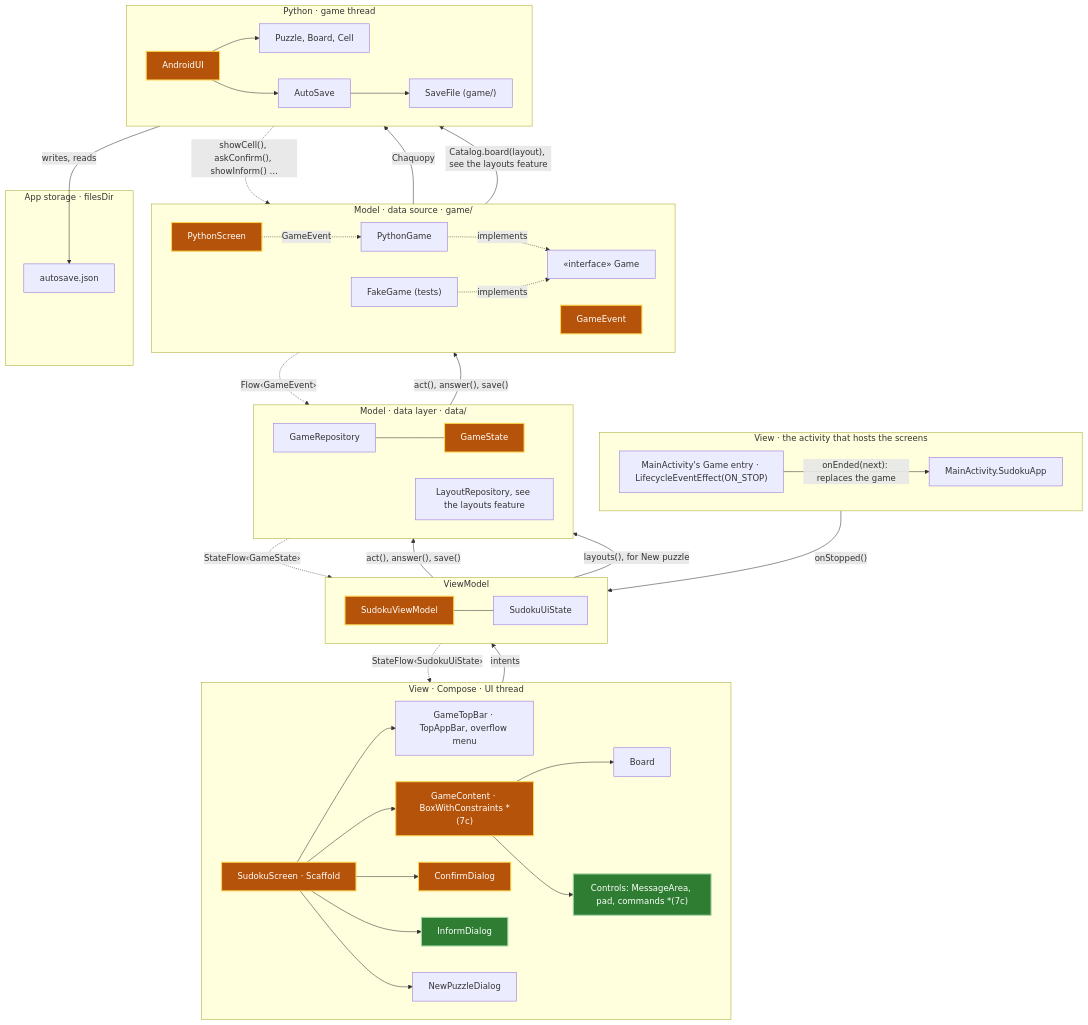
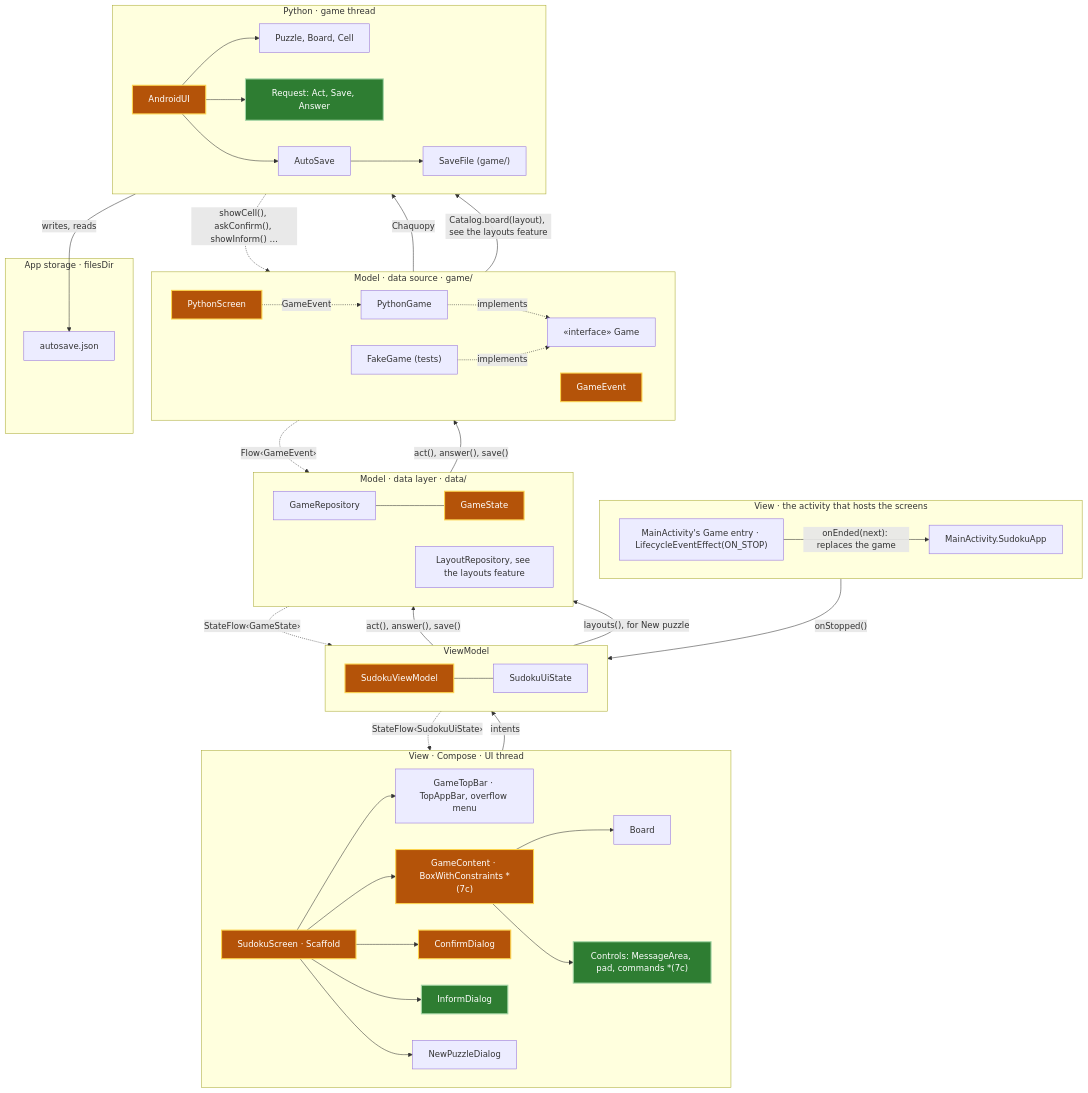
The fifth of 11 diagrams in android/docs/architecture.md (aivanov61/sudoku-solver), drawn with Mermaid before and after one commit. The commit also changed other lines of this file and 5 other files, not shown here.

Commit message:
Carry out a save at once while the game waits on a dialog, holding the player's actions until it is answered and dropping an answer no dialog waits for, with the answers on the one requests queue, as step 7b of phase 7.

````diff
--- a/android/docs/architecture.md
+++ b/android/docs/architecture.md
@@ -255,69 +254,70 @@
 ```mermaid
 flowchart TB
     subgraph Host["View · the activity that hosts the screens"]
         direction LR
         SudokuApp["MainActivity.SudokuApp"]
         GameEntry["MainActivity's Game entry · LifecycleEventEffect(ON_STOP)"]
     end
 
     subgraph View["View · Compose · UI thread"]
         direction LR
         SudokuScreen["SudokuScreen · Scaffold"] --> GameTopBar["GameTopBar · TopAppBar, overflow menu"]
         SudokuScreen --> GameContent["GameContent · BoxWithConstraints *(7c)"]
         GameContent --> Board
         GameContent --> Controls["Controls: MessageArea, pad, commands *(7c)"]
         SudokuScreen --> ConfirmDialog["ConfirmDialog"]
         SudokuScreen --> InformDialog["InformDialog"]
         SudokuScreen --> NewPuzzleDialog
     end
 
     subgraph VM["ViewModel"]
         direction LR
         SudokuViewModel --- SudokuUiState
     end
 
     subgraph DataLayer["Model · data layer · data/"]
         direction LR
         GameRepository["GameRepository"] --- GameState
         LayoutRepository["LayoutRepository, see the layouts feature"]
     end
 
     subgraph DataSource["Model · data source · game/"]
         direction LR
         PythonGame["PythonGame"] -. implements .-> Game["«interface» Game"]
         GameEvent
         FakeGame["FakeGame (tests)"] -. implements .-> Game
         PythonScreen
     end
 
     subgraph Python["Python · game thread"]
         direction LR
         AndroidUI["AndroidUI"] --> Puzzle["Puzzle, Board, Cell"]
+        AndroidUI --> Requests["Request: Act, Save, Answer"]
         AndroidUI --> AutoSave["AutoSave"]
         AutoSave --> SaveFile["SaveFile (game/)"]
     end
 
     subgraph Storage["App storage · filesDir"]
         AutoSaveFile["autosave.json"]
     end
 
     GameEntry -- "onStopped()" --> SudokuViewModel
     GameEntry -- "onEnded(next): replaces the game" --> SudokuApp
     SudokuScreen -- "intents" --> SudokuViewModel
     SudokuViewModel -. "StateFlow‹SudokuUiState›" .-> SudokuScreen
     SudokuViewModel -- "act(), answer(), save()" --> GameRepository
     SudokuViewModel -- "layouts(), for New puzzle" --> LayoutRepository
     GameRepository -. "StateFlow‹GameState›" .-> SudokuViewModel
     GameRepository -- "act(), answer(), save()" --> Game
     Game -. "Flow‹GameEvent›" .-> GameRepository
     PythonGame -- "Chaquopy" --> AndroidUI
     AndroidUI -. "showCell(), askConfirm(), showInform() …" .-> PythonScreen
     PythonScreen -. "GameEvent" .-> PythonGame
     PythonGame -- "Catalog.board(layout), see the layouts feature" --> AndroidUI
     SaveFile -- "writes, reads" --> AutoSaveFile
 
     classDef new fill:#2e7d32,stroke:#a5d6a7,stroke-width:2px,color:#ffffff
     classDef changed fill:#b45309,stroke:#fcd34d,stroke-width:2px,color:#ffffff
-    class InformDialog,Controls new
+    class InformDialog,Controls,Requests new
     class SudokuScreen,GameContent,ConfirmDialog,SudokuViewModel,GameState,GameEvent,PythonScreen,AndroidUI changed
 ```
````
